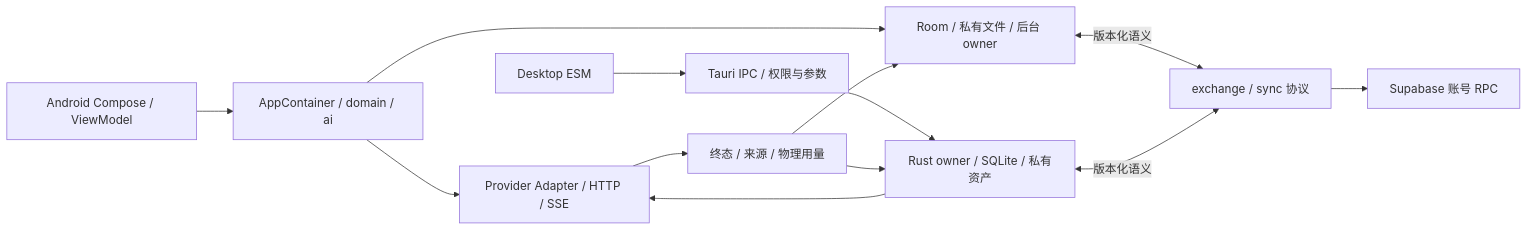
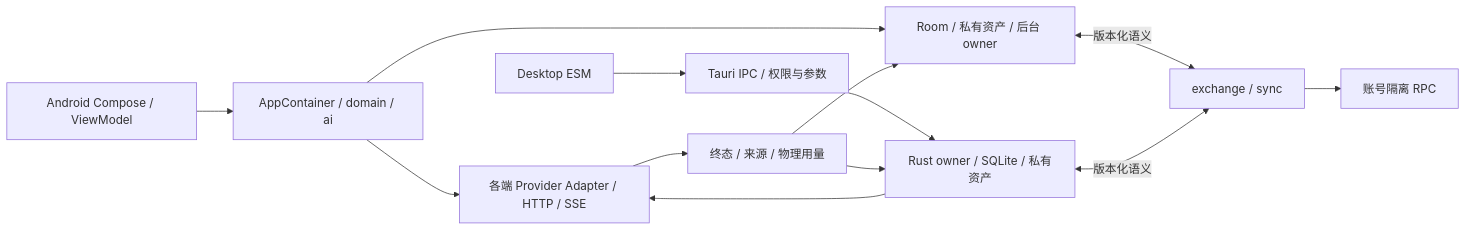
The diagram in docs/南枫AI完整开发档案.md (nanzhufeng/Nanfeng-AI), drawn with Mermaid before and after one commit. The commit also changed other lines of this file and 22 other files, not shown here.

````diff
--- a/docs/南枫AI完整开发档案.md
+++ b/docs/南枫AI完整开发档案.md
@@ -81,15 +61,15 @@
 ```mermaid
 flowchart LR
   A[Android Compose / ViewModel] --> B[AppContainer / domain / ai]
-  B --> C[Room / 私有文件 / 后台 owner]
-  B --> P[Provider Adapter / HTTP / SSE]
+  B --> C[Room / 私有资产 / 后台 owner]
+  B --> P[各端 Provider Adapter / HTTP / SSE]
   D[Desktop ESM] --> E[Tauri IPC / 权限与参数]
   E --> F[Rust owner / SQLite / 私有资产]
   F --> P
-  C <-->|版本化语义| X[exchange / sync 协议]
+  C <-->|版本化语义| X[exchange / sync]
   F <-->|版本化语义| X
-  X --> S[Supabase 账号 RPC]
+  X --> S[账号隔离 RPC]
   P --> R[终态 / 来源 / 物理用量]
   R --> C
   R --> F
 ```
````
